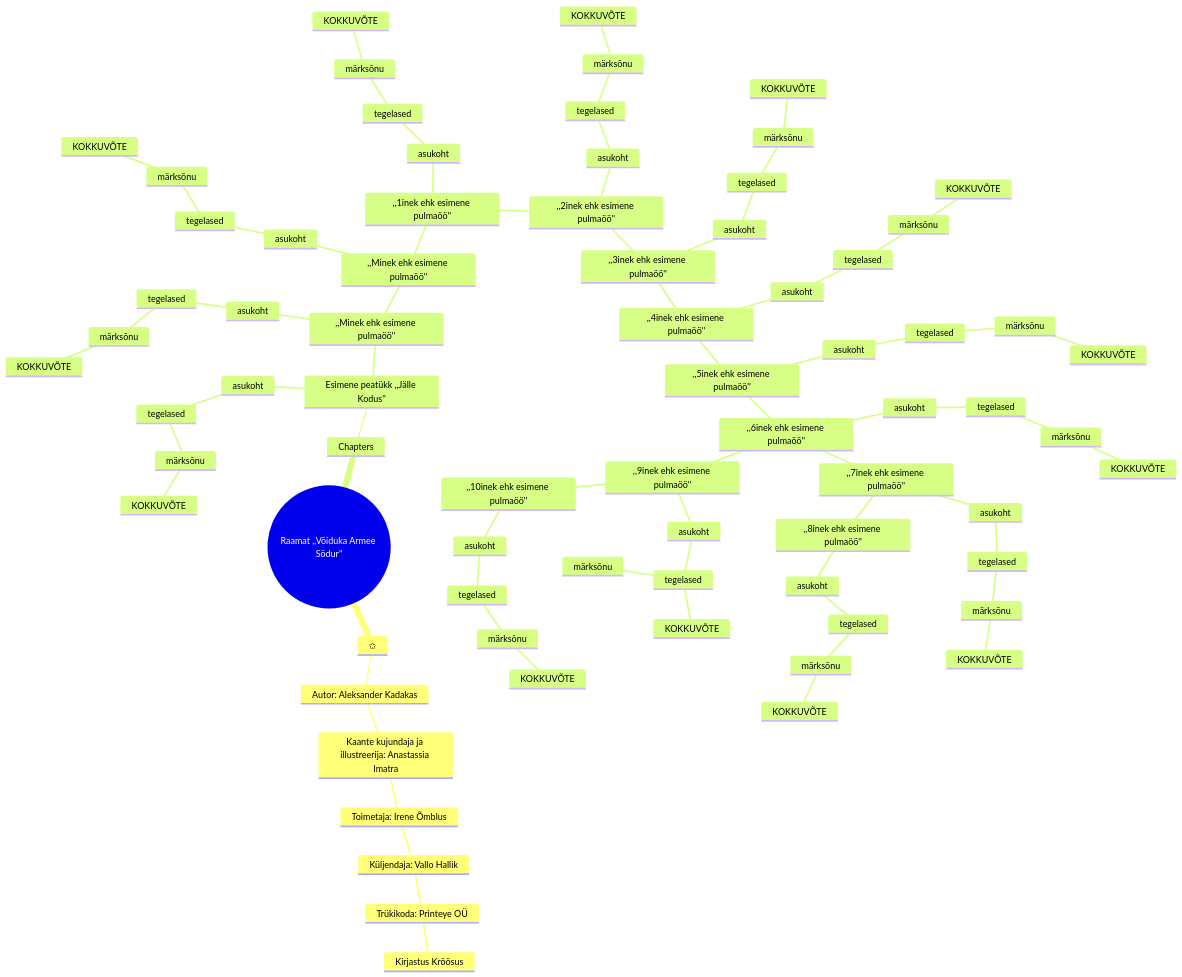
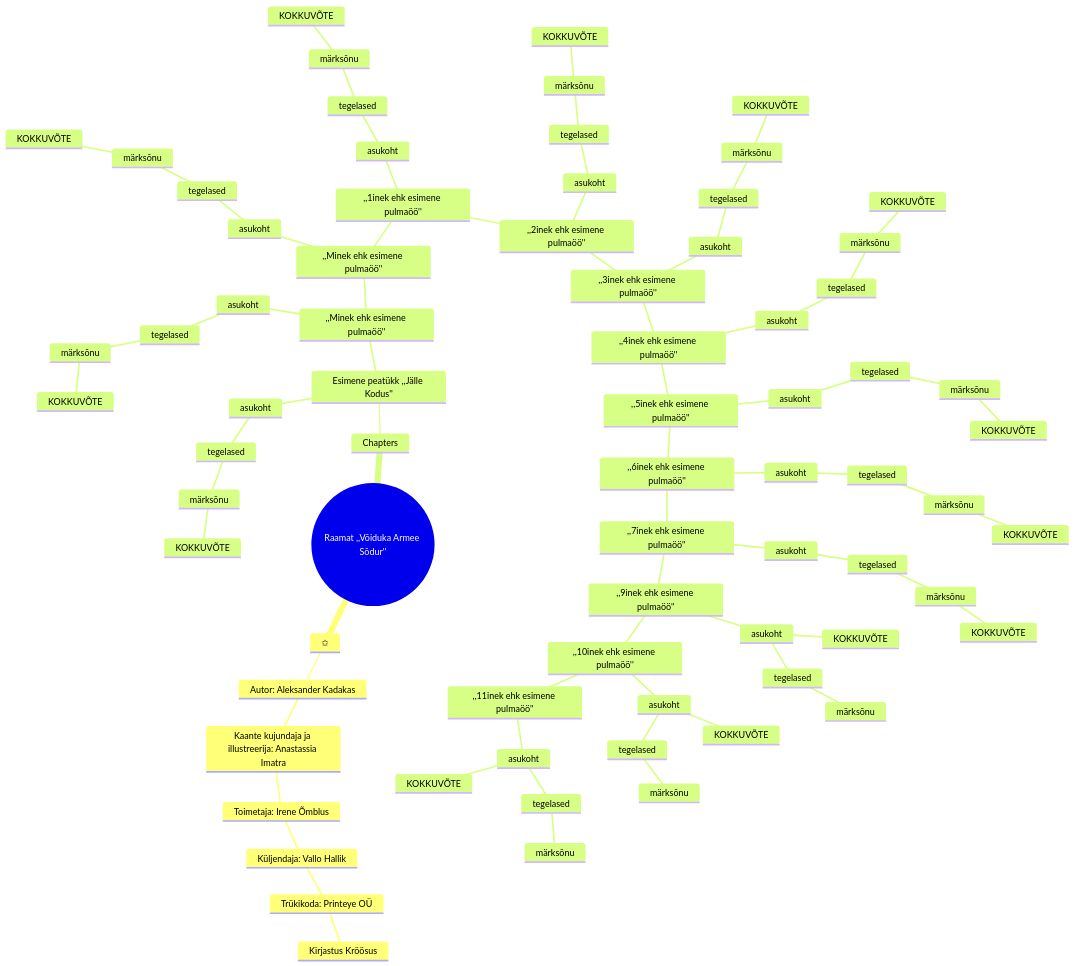
One commit to 4avik/Voiduka-Armee-Sodur changed the first of 2 diagrams in README.md. Above: the diagram before and after it, drawn with Mermaid. The commit also changed other lines of this file, not shown here.

````diff
--- a/README.md
+++ b/README.md
@@ -76,22 +76,22 @@
 					                        tegelased
 						                         märksõnu
 							                          KOKKUVÕTE
-   		  	                  ,,8inek ehk esimene pulmaöö''
+   		  	                  ,,9inek ehk esimene pulmaöö''
           	                    %%10
 				                        asukoht
 					                          tegelased
 						                           märksõnu
-							                            KOKKUVÕTE
-   		  	                ,,9inek ehk esimene pulmaöö''
+							                        KOKKUVÕTE
+   		  	                    ,,10inek ehk esimene pulmaöö''
           	                      %%10
 				                          asukoht
 					                            tegelased
 						                             märksõnu
-							                            KOKKUVÕTE
-   		  	                      ,,10inek ehk esimene pulmaöö''
-          	                        %%10
-				                            asukoht
-					                              tegelased
-						                                 märksõnu
-							                                  KOKKUVÕTE  
+							                          KOKKUVÕTE
+   		  	                    	,,11inek ehk esimene pulmaöö''
+          	                     	 %%10
+				                          	asukoht
+					                            	tegelased
+						                             	märksõnu
+							                          	KOKKUVÕTE
 ```
````
